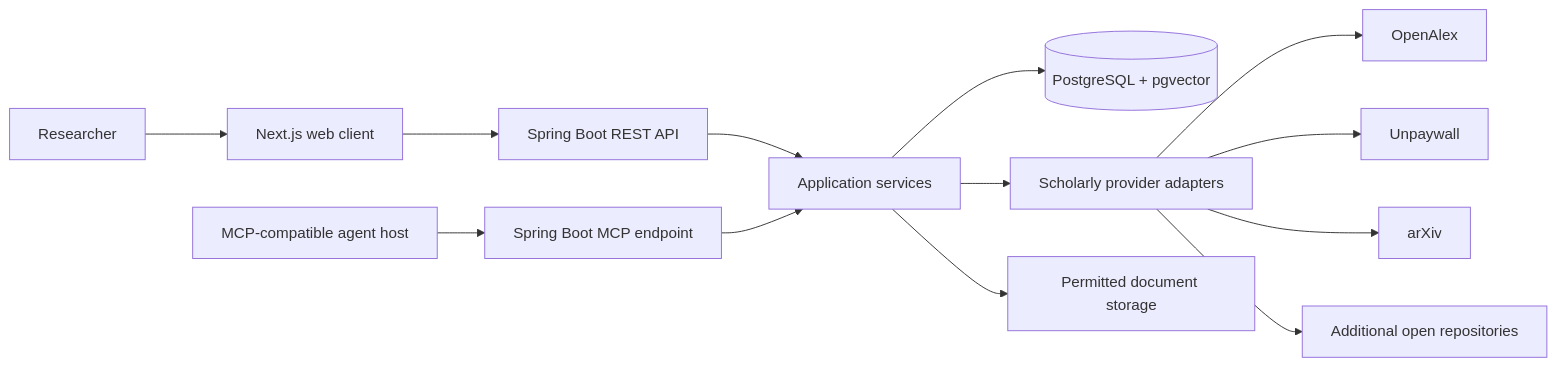
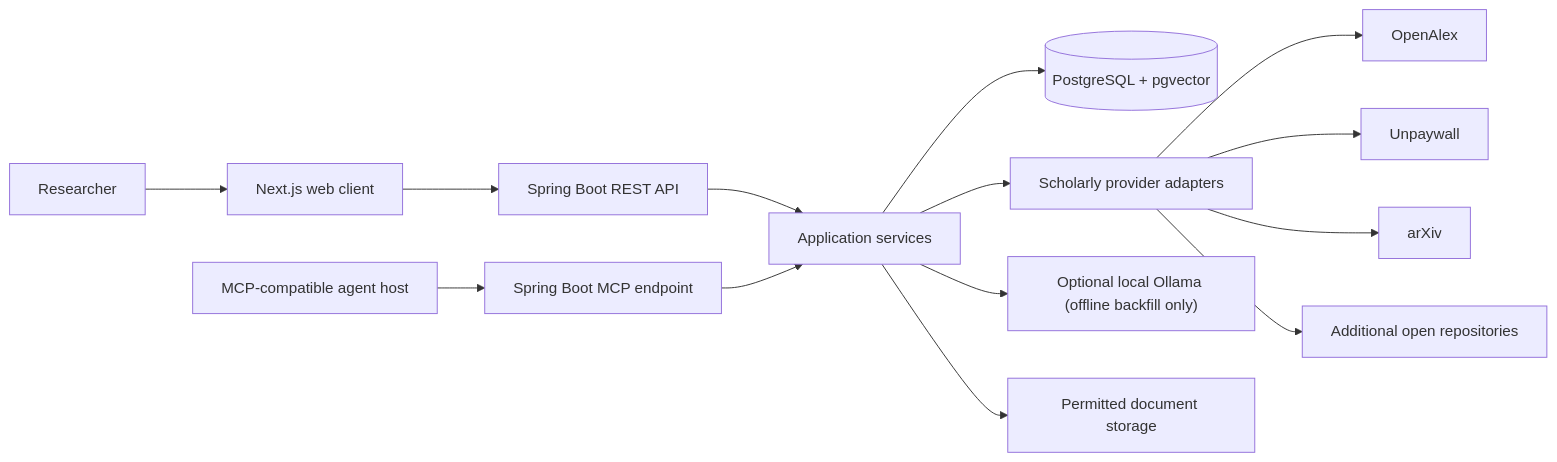
One commit to peprick/openscholar-mcp changed the first of 2 diagrams in docs/ARCHITECTURE.md. Above: the diagram before and after it, drawn with Mermaid. The commit also changed other lines of this file and 53 other files, not shown here.

Commit message:
feat: add secure local embedding backfill

````diff
--- a/docs/ARCHITECTURE.md
+++ b/docs/ARCHITECTURE.md
@@ -5,15 +5,16 @@
 ```mermaid
 flowchart LR
     U["Researcher"] --> W["Next.js web client"]
     A["MCP-compatible agent host"] --> M["Spring Boot MCP endpoint"]
     W --> R["Spring Boot REST API"]
     R --> C["Application services"]
     M --> C
     C --> P[("PostgreSQL + pgvector")]
     C --> S["Scholarly provider adapters"]
     S --> OA["OpenAlex"]
     S --> UW["Unpaywall"]
     S --> AX["arXiv"]
     S --> MO["Additional open repositories"]
+    C --> E["Optional local Ollama (offline backfill only)"]
     C --> O["Permitted document storage"]
 ```
````
